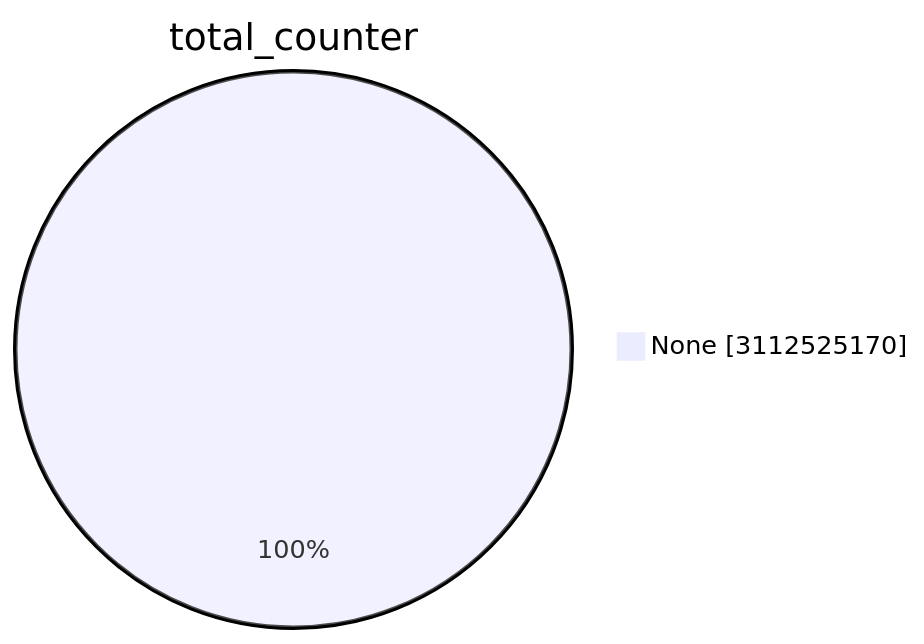
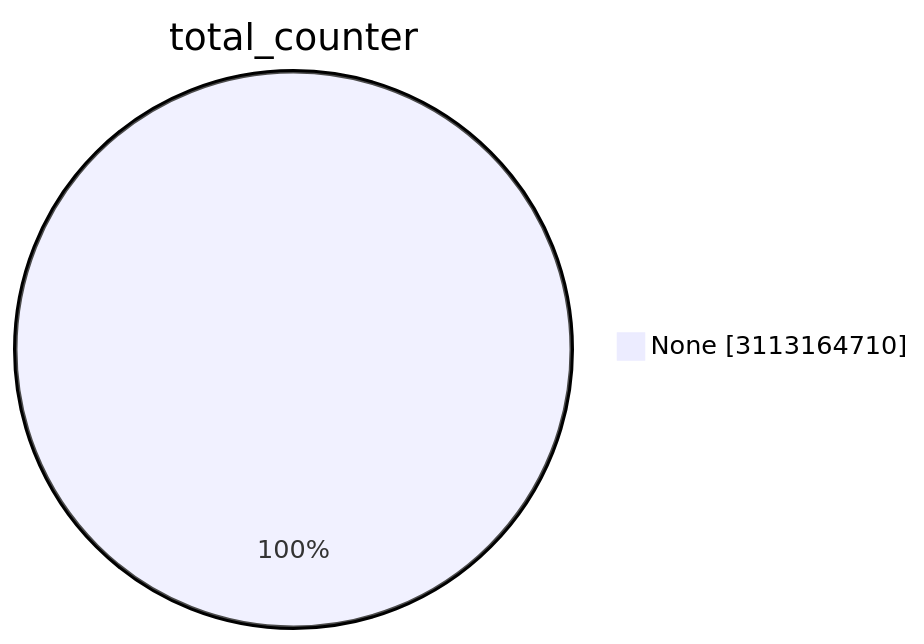
The first of 15 diagrams in TOTAL/README.md (christiankrug/ctmonitor_visualization), drawn with Mermaid before and after one commit. The commit also changed other lines of this file, not shown here.

````diff
--- a/TOTAL/README.md
+++ b/TOTAL/README.md
@@ -1,5 +1,5 @@
 ```mermaid
 pie showData
 title total_counter
-"None" :3112525170
+"None" :3113164710
 ```
````
